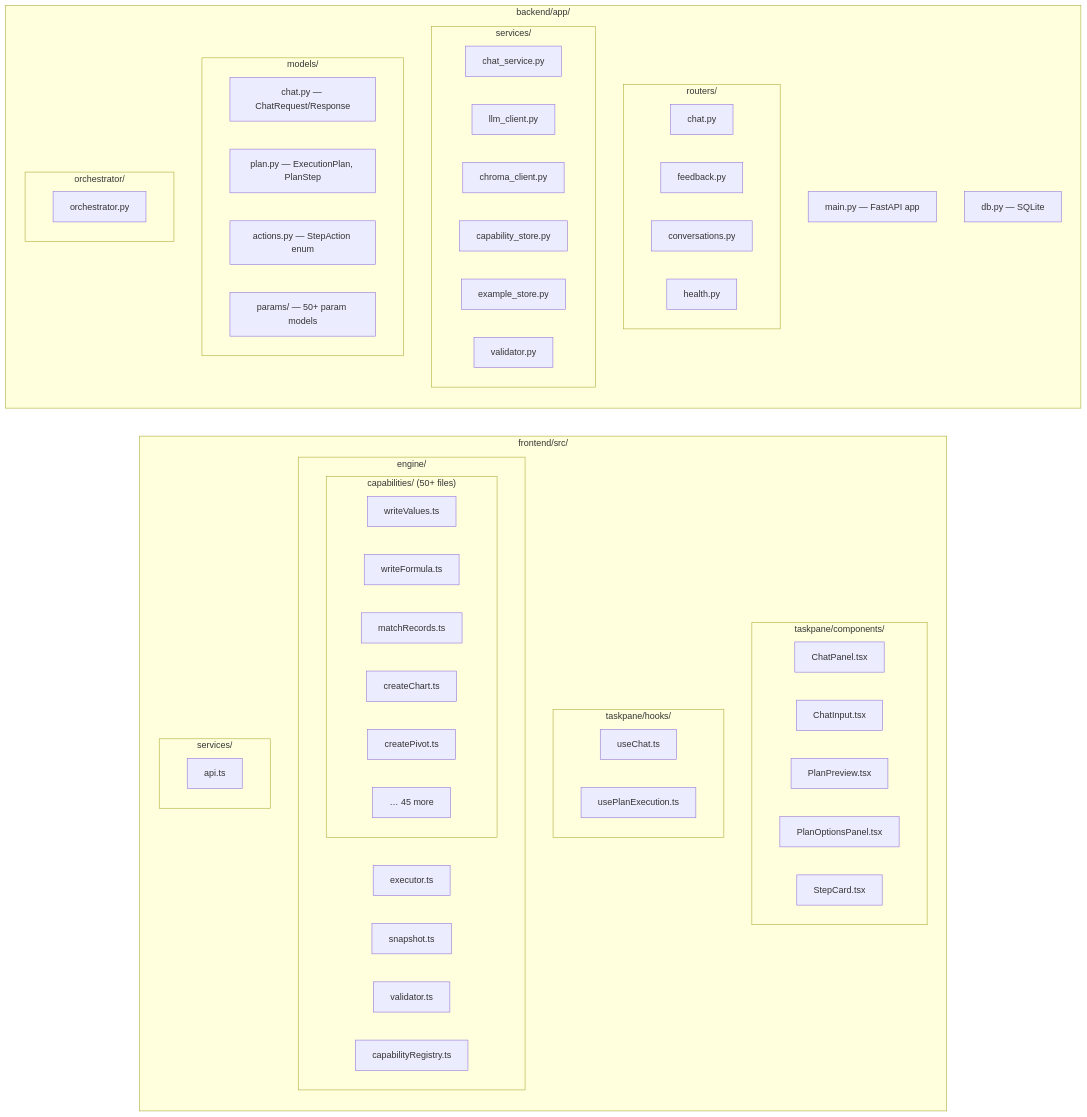
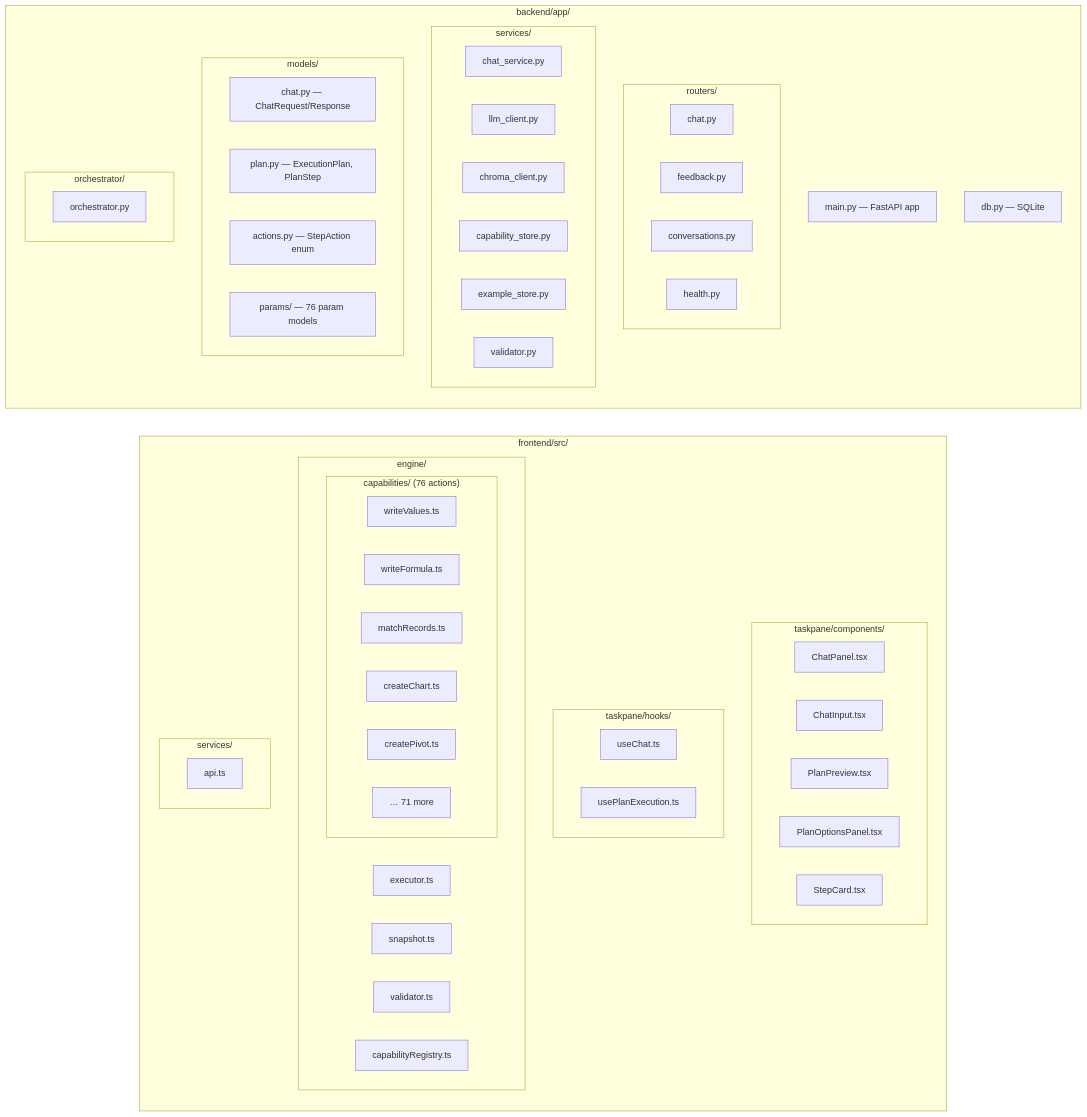
Before and after one commit to gal14g/AI-Assistant-for-Excel: the third of 7 diagrams in docs/ARCHITECTURE.md, drawn with Mermaid. The commit also changed other lines of this file, not shown here.

Commit message:
Update ARCHITECTURE.md counts from 50+ to 76 actions

````diff
--- a/docs/ARCHITECTURE.md
+++ b/docs/ARCHITECTURE.md
@@ -226,63 +226,63 @@
 ```mermaid
 flowchart LR
     subgraph Frontend["frontend/src/"]
         direction TB
         subgraph Components["taskpane/components/"]
             ChatPanel["ChatPanel.tsx"]
             ChatInput["ChatInput.tsx"]
             PlanPreview["PlanPreview.tsx"]
             PlanOptions["PlanOptionsPanel.tsx"]
             StepCard["StepCard.tsx"]
         end
         subgraph Hooks["taskpane/hooks/"]
             useChat["useChat.ts"]
             usePlanExec["usePlanExecution.ts"]
         end
         subgraph Engine["engine/"]
             Executor["executor.ts"]
             Snapshot["snapshot.ts"]
             Validator["validator.ts"]
             CapReg["capabilityRegistry.ts"]
-            subgraph Caps["capabilities/ (50+ files)"]
+            subgraph Caps["capabilities/ (76 actions)"]
                 writeValues["writeValues.ts"]
                 writeFormula["writeFormula.ts"]
                 matchRecords["matchRecords.ts"]
                 createChart["createChart.ts"]
                 createPivot["createPivot.ts"]
-                moreActions["… 45 more"]
+                moreActions["… 71 more"]
             end
         end
         subgraph Services["services/"]
             apiTS["api.ts"]
         end
     end
 
     subgraph BackendFiles["backend/app/"]
         direction TB
         subgraph Routers["routers/"]
             chatRouter["chat.py"]
             fbRouter["feedback.py"]
             convRouter["conversations.py"]
             healthRouter["health.py"]
         end
         subgraph ServicesBE["services/"]
             chatService["chat_service.py"]
             llmClient["llm_client.py"]
             chromaClient["chroma_client.py"]
             capStore["capability_store.py"]
             exStore["example_store.py"]
             validatorBE["validator.py"]
         end
         subgraph Models["models/"]
             chatModel["chat.py — ChatRequest/Response"]
             planModel["plan.py — ExecutionPlan, PlanStep"]
             actionsModel["actions.py — StepAction enum"]
-            paramsModel["params/ — 50+ param models"]
+            paramsModel["params/ — 76 param models"]
         end
         subgraph Orchestrator["orchestrator/"]
             orch["orchestrator.py"]
         end
         mainPy["main.py — FastAPI app"]
         dbPy["db.py — SQLite"]
     end
 ```
````
